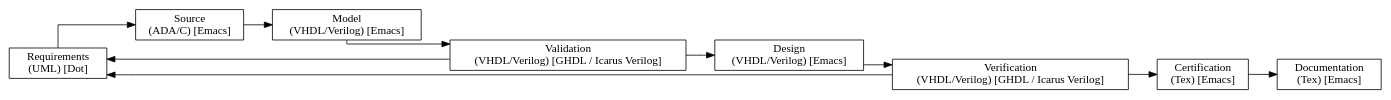
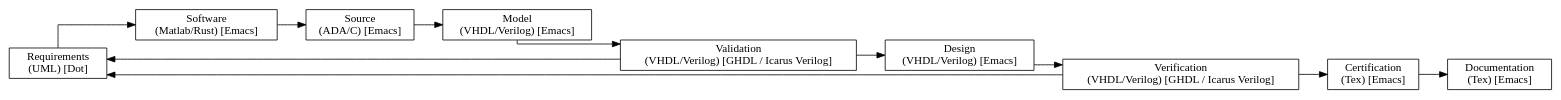
Before and after one commit to PacoReinaCampo/MPSoC-FinTech: the diagram in doc/project.dot, drawn with Graphviz. The commit also changed 3 other files, not shown here.

```diff
--- a/doc/project.dot
+++ b/doc/project.dot
@@ -1,28 +1,30 @@
 digraph Project {
   // Introduction
   graph [rankdir = LR, splines=ortho];
   node[shape=record];
 
   // Blocks
   Requirements[label="Requirements \n(UML) [Dot]"];
+  Software[label="Software \n(Matlab/Rust) [Emacs]"];
   Source[label="Source \n(ADA/C) [Emacs]"];
   Model[label="Model \n(VHDL/Verilog) [Emacs]"];
   Validation[label="Validation \n(VHDL/Verilog) [GHDL / Icarus Verilog]"];
   Design[label="Design \n(VHDL/Verilog) [Emacs]"];
   Verification[label="Verification \n(VHDL/Verilog) [GHDL / Icarus Verilog]"];
   Certification[label="Certification \n(Tex) [Emacs]"];
   Documentation[label="Documentation \n(Tex) [Emacs]"];
 
   // Sequence
-  Requirements -> Source;
+  Requirements -> Software;
+  Software -> Source;
   Source -> Model;
   Model -> Validation;
   Validation -> Design;
   Design -> Verification;
   Verification -> Certification;
   Certification -> Documentation;
 
   // Feedback
   Validation -> Requirements;
   Verification -> Requirements;
 }
```
